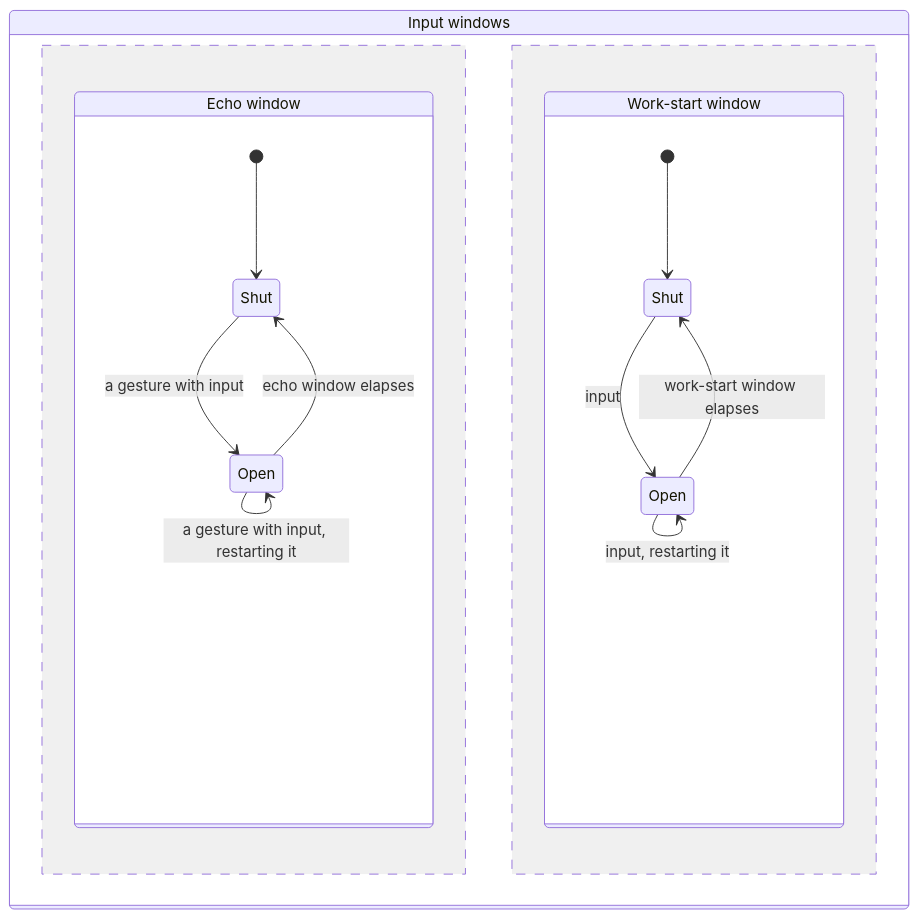
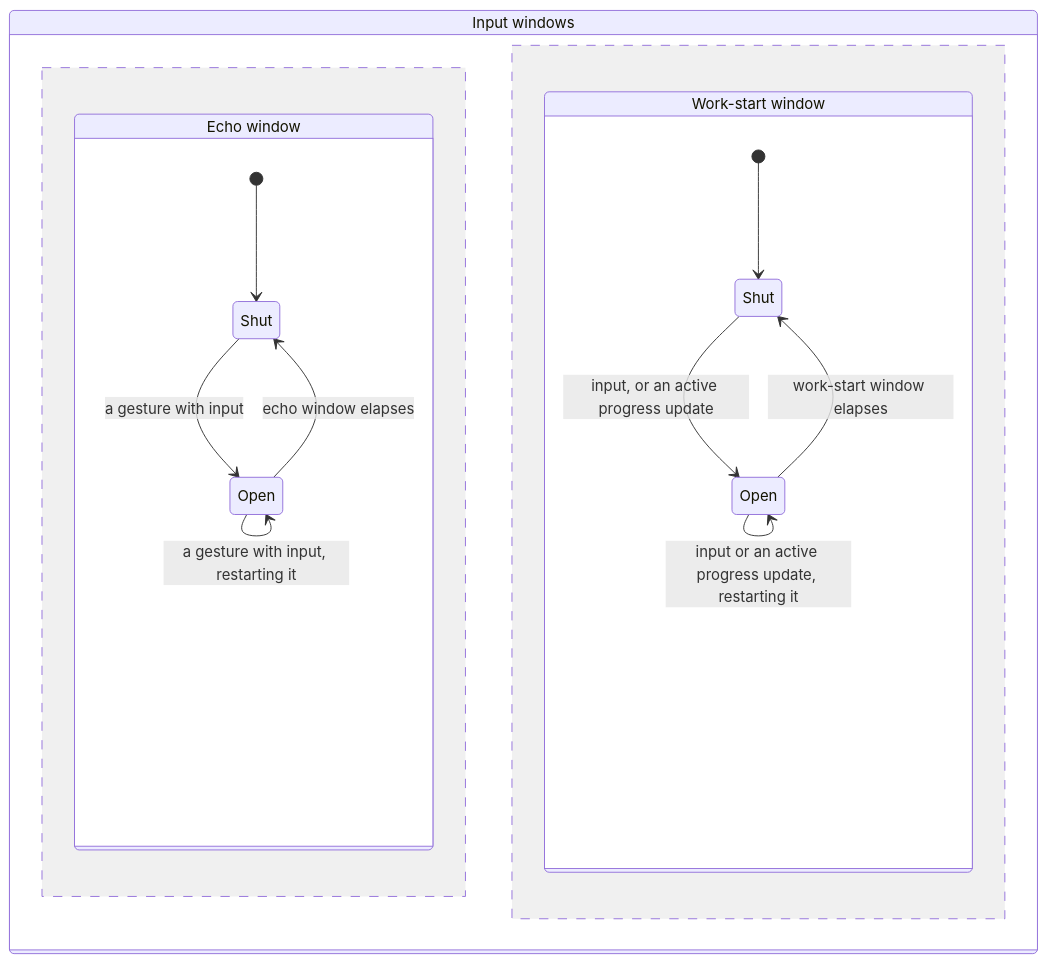
One commit to diffplug/dormouse changed the fifth of 16 diagrams in docs/specs/alert.md. Above: the diagram before and after it, drawn with Mermaid. The commit also changed other lines of this file and 27 other files, not shown here.

````diff
--- a/docs/specs/alert.md
+++ b/docs/specs/alert.md
@@ -174,22 +175,22 @@
 ```mermaid
 stateDiagram-v2
   state "Input windows" as Windows {
     state "Echo window" as Echo {
       state "Shut" as EchoShut
       state "Open" as EchoOpen
       [*] --> EchoShut
       EchoShut --> EchoOpen: a gesture with input
       EchoOpen --> EchoOpen: a gesture with input, restarting it
       EchoOpen --> EchoShut: echo window elapses
     }
     --
     state "Work-start window" as Work {
       state "Shut" as WorkShut
       state "Open" as WorkOpen
       [*] --> WorkShut
-      WorkShut --> WorkOpen: input
-      WorkOpen --> WorkOpen: input, restarting it
+      WorkShut --> WorkOpen: input, or an active progress update
+      WorkOpen --> WorkOpen: input or an active progress update, restarting it
       WorkOpen --> WorkShut: work-start window elapses
     }
   }
 ```
````
